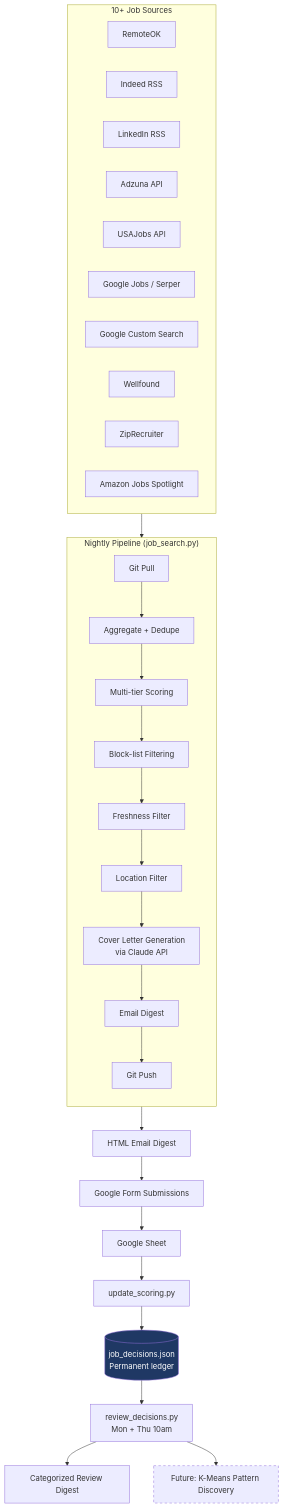
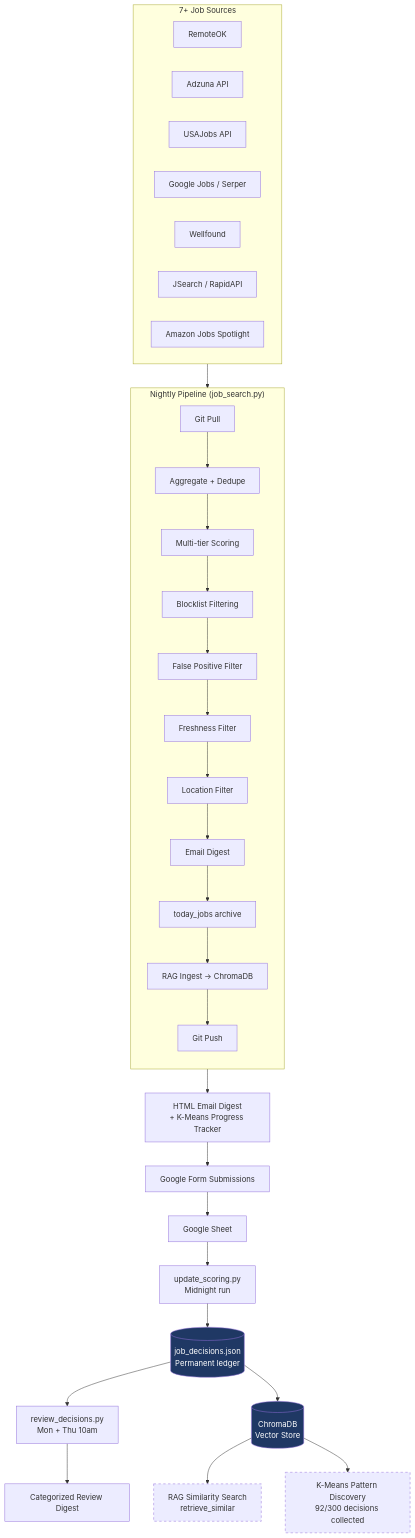
One commit to harichardson68/job-search-hans changed the diagram in README.md. Above: the diagram before and after it, drawn with Mermaid. The commit also changed other lines of this file, not shown here.

Commit message:
Update ReadME - RAF, ChromDB, JSearch, False positive filtering

````diff
--- a/README.md
+++ b/README.md
@@ -23,45 +23,48 @@
 ```mermaid
 flowchart TB
-    subgraph Sources["10+ Job Sources"]
+    subgraph Sources["7+ Job Sources"]
         S1[RemoteOK]
-        S2[Indeed RSS]
-        S3[LinkedIn RSS]
         S4[Adzuna API]
         S5[USAJobs API]
         S6[Google Jobs / Serper]
-        S7[Google Custom Search]
         S8[Wellfound]
-        S9[ZipRecruiter]
+        S9[JSearch / RapidAPI]
         S10[Amazon Jobs Spotlight]
     end
 
     Sources --> Pipeline
 
     subgraph Pipeline["Nightly Pipeline (job_search.py)"]
         direction TB
         P1[Git Pull]
         P2[Aggregate + Dedupe]
         P3[Multi-tier Scoring]
-        P4[Block-list Filtering]
+        P4[Blocklist Filtering]
+        P4B[False Positive Filter]
         P5[Freshness Filter]
         P6[Location Filter]
-        P7[Cover Letter Generation<br/>via Claude API]
-        P8[Email Digest]
-        P9[Git Push]
-        P1 --> P2 --> P3 --> P4 --> P5 --> P6 --> P7 --> P8 --> P9
+        P7[Email Digest]
+        P8[today_jobs archive]
+        P9[RAG Ingest → ChromaDB]
+        P10[Git Push]
+        P1 --> P2 --> P3 --> P4 --> P4B --> P5 --> P6 --> P7 --> P8 --> P9 --> P10
     end
 
-    Pipeline --> Email[HTML Email Digest]
+    Pipeline --> Email[HTML Email Digest<br/>+ K-Means Progress Tracker]
     Email --> Form[Google Form Submissions]
     Form --> Sheet[Google Sheet]
 
-    Sheet --> Update[update_scoring.py]
+    Sheet --> Update[update_scoring.py<br/>Midnight run]
     Update --> Decisions[(job_decisions.json<br/>Permanent ledger)]
 
     Decisions --> Review[review_decisions.py<br/>Mon + Thu 10am]
+    Decisions --> ChromaDB[(ChromaDB<br/>Vector Store)]
     Review --> ReviewEmail[Categorized Review Digest]
-    Review --> KMeans[Future: K-Means Pattern Discovery]
+    ChromaDB --> RAG[RAG Similarity Search<br/>retrieve_similar]
+    ChromaDB --> KMeans[K-Means Pattern Discovery<br/>92/300 decisions collected]
 
     style Decisions fill:#1F3864,color:#fff
+    style ChromaDB fill:#1F3864,color:#fff
     style KMeans stroke-dasharray:5 5
+    style RAG stroke-dasharray:5 5
 ```
````
